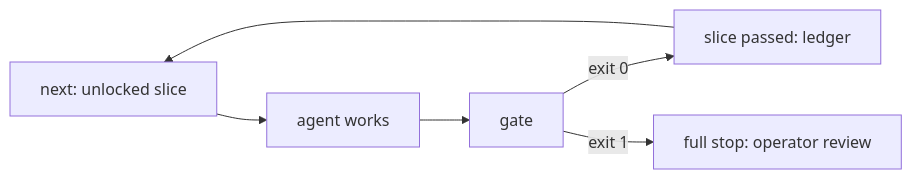
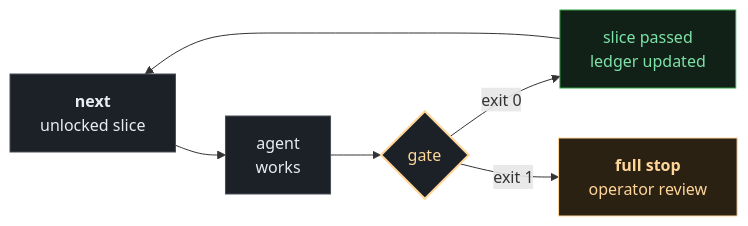
One commit to pietro-falco/harnesswright changed the second of 3 diagrams in README.md. Above: the diagram before and after it, drawn with Mermaid. The commit also changed other lines of this file, not shown here.

Commit message:
docs(readme): restyle mermaid diagrams to house style (S-SR-004)

````diff
--- a/README.md
+++ b/README.md
@@ -68,7 +68,16 @@
 ```mermaid
+%%{init: {"theme":"base","themeVariables":{"fontFamily":"-apple-system,BlinkMacSystemFont,'Segoe UI',Helvetica,Arial,sans-serif","fontSize":"15px","primaryColor":"#1c2128","primaryTextColor":"#e6edf3","primaryBorderColor":"#484f58","lineColor":"#8b949e","edgeLabelBackground":"#21262d"},"flowchart":{"htmlLabels":true,"curve":"basis","padding":14,"nodeSpacing":50,"rankSpacing":55,"wrappingWidth":260}}}%%
 flowchart LR
-    s1["next: unlocked slice"] --> s2["agent works"] --> s3["gate"]
-    s3 -->|"exit 0"| s4["slice passed: ledger"]
-    s3 -->|"exit 1"| s5["full stop: operator review"]
+    s1["<b>next</b><br/>unlocked slice"] --> s2["agent<br/>works"]
+    s2 --> s3{"gate"}
+    s3 -->|"exit 0"| s4["slice passed<br/>ledger updated"]
+    s3 -->|"exit 1"| s5["<b>full stop</b><br/>operator review"]
     s4 --> s1
+    classDef default fill:#1c2128,stroke:#484f58,color:#e6edf3
+    classDef gate fill:#1c2128,stroke:#ffd699,color:#ffd699,stroke-width:2px
+    classDef pass fill:#122117,stroke:#2ea043,color:#7ee2a8
+    classDef halt fill:#2b2113,stroke:#ffd699,color:#ffd699
+    class s3 gate
+    class s4 pass
+    class s5 halt
 ```
````
